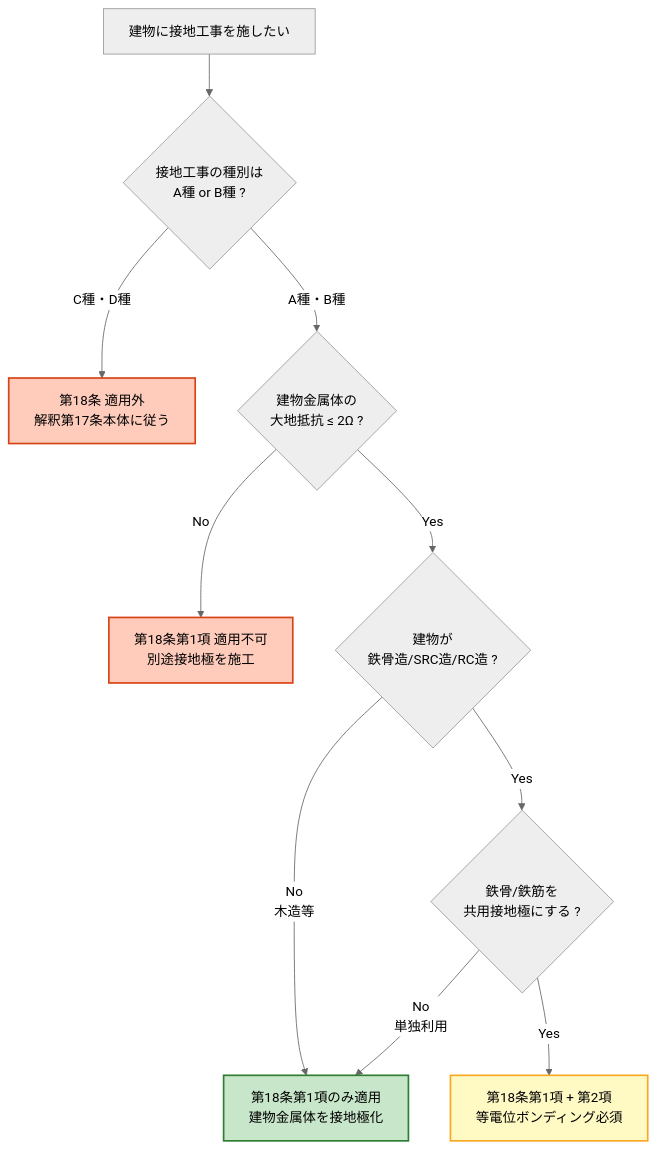
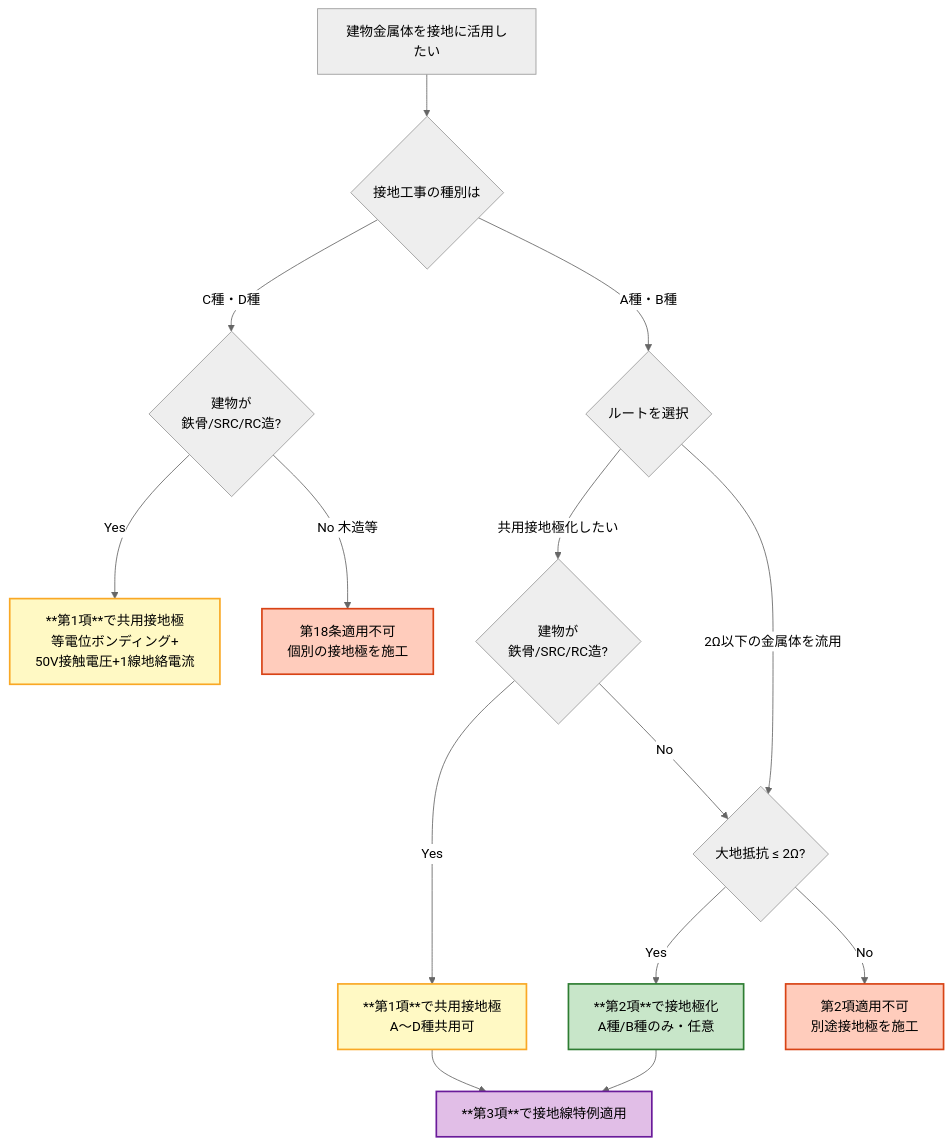
One commit to kfurufuru/denken-wiki changed the diagram in docs/articles/kaishaku/18.md. Above: the diagram before and after it, drawn with Mermaid (neutral theme). The commit also changed other lines of this file and 2 other files, not shown here.

````diff
--- a/docs/articles/kaishaku/18.md
+++ b/docs/articles/kaishaku/18.md
@@ -202,17 +280,23 @@
 ```mermaid
 flowchart TD
-    Start[建物に接地工事を施したい] --> Q1{接地工事の種別は<br/>A種 or B種 ?}
-    Q1 -->|C種・D種| NG1[第18条 適用外<br/>解釈第17条本体に従う]
-    Q1 -->|A種・B種| Q2{建物金属体の<br/>大地抵抗 ≤ 2Ω ?}
-    Q2 -->|No| NG2[第18条第1項 適用不可<br/>別途接地極を施工]
-    Q2 -->|Yes| Q3{建物が<br/>鉄骨造/SRC造/RC造 ?}
-    Q3 -->|No<br/>木造等| OK1[第18条第1項のみ適用<br/>建物金属体を接地極化]
-    Q3 -->|Yes| Q4{鉄骨/鉄筋を<br/>共用接地極にする ?}
-    Q4 -->|No<br/>単独利用| OK1
-    Q4 -->|Yes| OK2[第18条第1項 + 第2項<br/>等電位ボンディング必須]
+    Start[建物金属体を接地に活用したい] --> Q1{接地工事の種別は}
+    Q1 -->|C種・D種| Q2{建物が<br/>鉄骨/SRC/RC造?}
+    Q1 -->|A種・B種| Q3{ルートを選択}
+    Q2 -->|Yes| OK1[**第1項**で共用接地極<br/>等電位ボンディング+<br/>50V接触電圧+1線地絡電流]
+    Q2 -->|No 木造等| NG1[第18条適用不可<br/>個別の接地極を施工]
+    Q3 -->|共用接地極化したい| Q2A{建物が<br/>鉄骨/SRC/RC造?}
+    Q3 -->|2Ω以下の金属体を流用| Q4{大地抵抗 ≤ 2Ω?}
+    Q2A -->|Yes| OK2[**第1項**で共用接地極<br/>A〜D種共用可]
+    Q2A -->|No| Q4
+    Q4 -->|Yes| OK3[**第2項**で接地極化<br/>A種/B種のみ・任意]
+    Q4 -->|No| NG2[第2項適用不可<br/>別途接地極を施工]
+    OK2 --> P3[**第3項**で接地線特例適用]
+    OK3 --> P3
 
-    style OK1 fill:#c8e6c9,stroke:#2e7d32,stroke-width:2px
+    style OK1 fill:#fff9c4,stroke:#f9a825,stroke-width:2px
     style OK2 fill:#fff9c4,stroke:#f9a825,stroke-width:2px
+    style OK3 fill:#c8e6c9,stroke:#2e7d32,stroke-width:2px
+    style P3 fill:#e1bee7,stroke:#6a1b9a,stroke-width:2px
     style NG1 fill:#ffccbc,stroke:#d84315,stroke-width:2px
     style NG2 fill:#ffccbc,stroke:#d84315,stroke-width:2px
 ```
````
